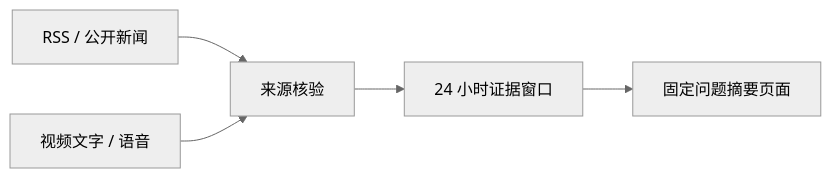
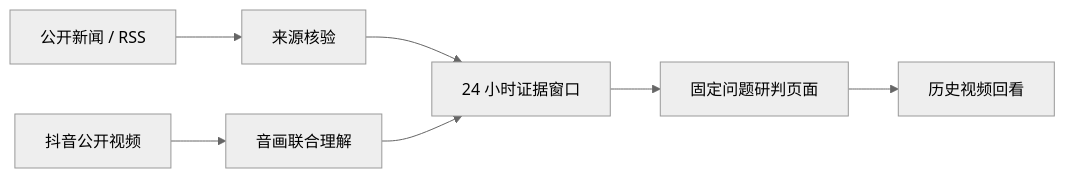
The diagram in README.md (wilderjett250-art/024-market-intelligence), drawn with Mermaid (neutral theme) before and after one commit. The commit also changed other lines of this file and 11 other files, not shown here.

```diff
--- a/README.md
+++ b/README.md
@@ -15,7 +15,9 @@
 ~~~mermaid
 flowchart LR
- A[RSS / 公开新闻] --> C[来源核验]
- B[视频文字 / 语音] --> C
- C --> D[24 小时证据窗口]
- D --> E[固定问题摘要页面]
+ A[公开新闻 / RSS] --> C[来源核验]
+ B[抖音公开视频] --> D[音画联合理解]
+ C --> E[24 小时证据窗口]
+ D --> E
+ E --> F[固定问题研判页面]
+ F --> G[历史视频回看]
 ~~~
```
